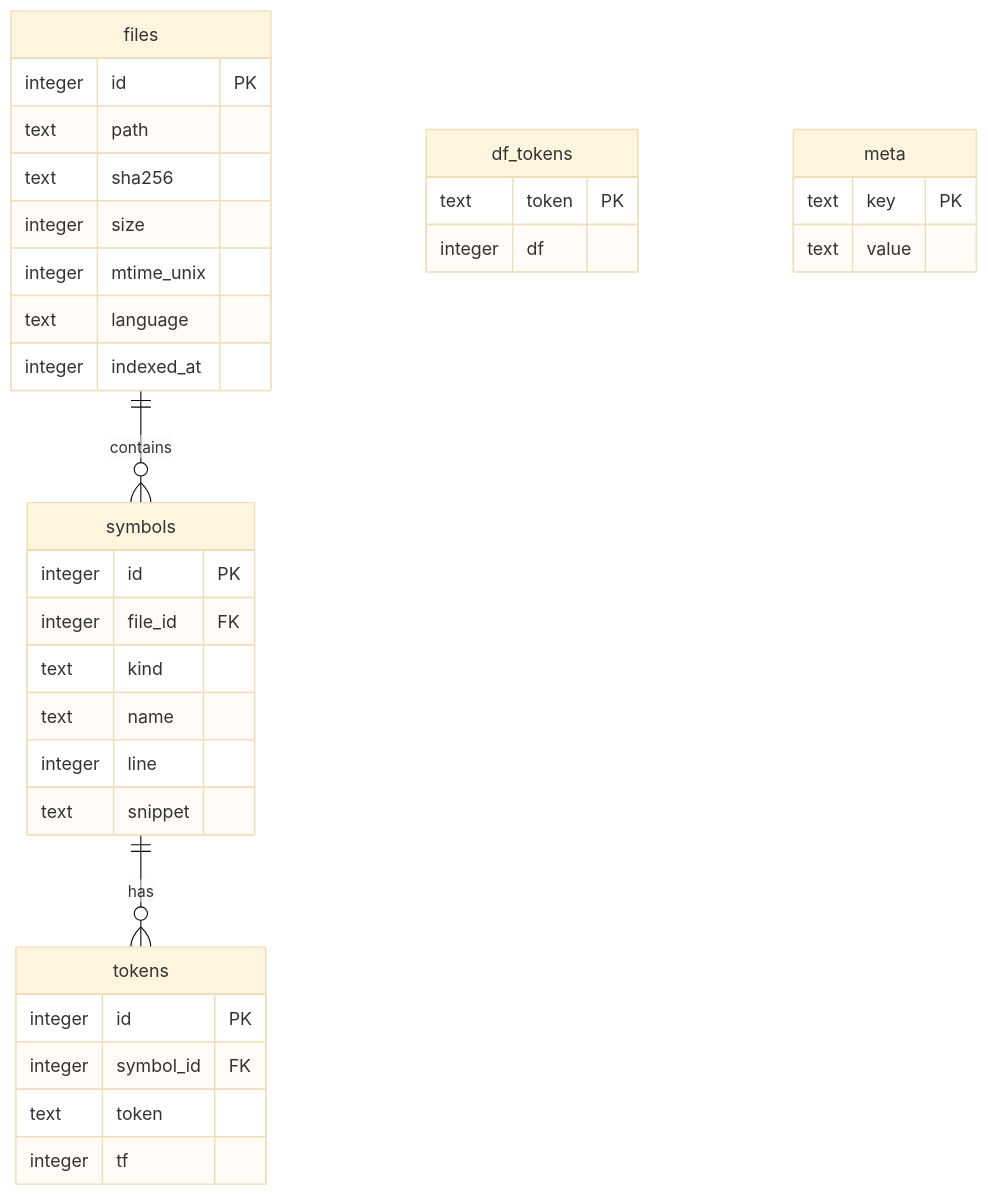
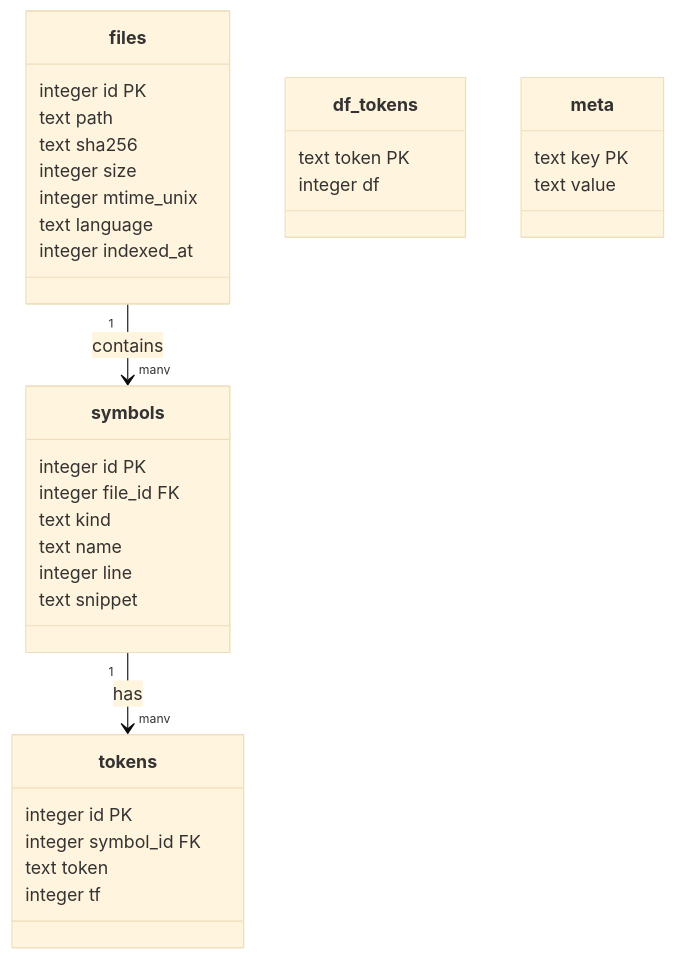
One commit to o-codify/SystemBridgeSpecificationDocs changed the diagram in docs/plugins/semantic.md. Above: the diagram before and after it, drawn with Mermaid (base theme). The commit also changed other lines of this file, not shown here.

Commit message:
docs: semantic — replace erDiagram with classDiagram (lint flags o{ cardinality as unbalanced)

````diff
--- a/docs/plugins/semantic.md
+++ b/docs/plugins/semantic.md
@@ -44,36 +44,36 @@
 ```mermaid
-erDiagram
-  files {
+classDiagram
+  class files {
     integer id PK
-    text    path
-    text    sha256
+    text path
+    text sha256
     integer size
     integer mtime_unix
-    text    language
+    text language
     integer indexed_at
   }
-  symbols {
+  class symbols {
     integer id PK
     integer file_id FK
-    text    kind
-    text    name
+    text kind
+    text name
     integer line
-    text    snippet
+    text snippet
   }
-  tokens {
+  class tokens {
     integer id PK
     integer symbol_id FK
-    text    token
+    text token
     integer tf
   }
-  df_tokens {
-    text    token PK
+  class df_tokens {
+    text token PK
     integer df
   }
-  meta {
+  class meta {
     text key PK
     text value
   }
-  files ||--o{ symbols : contains
-  symbols ||--o{ tokens : has
+  files "1" --> "many" symbols : contains
+  symbols "1" --> "many" tokens : has
 ```
````
